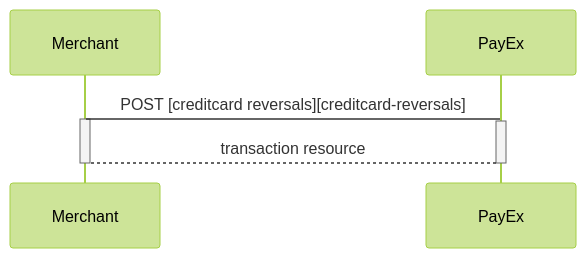
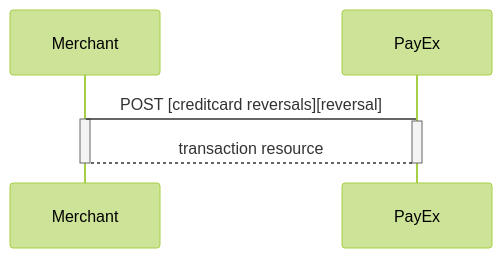
Before and after one commit to SwedbankPay/developer.swedbankpay.com: the third of 10 diagrams in payments/credit-card/after-payment.md, drawn with Mermaid (forest theme). The commit also changed other lines of this file and 5 other files, not shown here.

````diff
--- a/payments/credit-card/after-payment.md
+++ b/payments/credit-card/after-payment.md
@@ -504,9 +506,9 @@
 ```mermaid
 sequenceDiagram
-  Merchant->PayEx: POST [creditcard reversals][creditcard-reversals]
+  Merchant->PayEx: POST [creditcard reversals][reversal]
   Activate Merchant
   Activate PayEx
   PayEx-->Merchant: transaction resource
   Deactivate PayEx
   Deactivate Merchant
 ```
````
